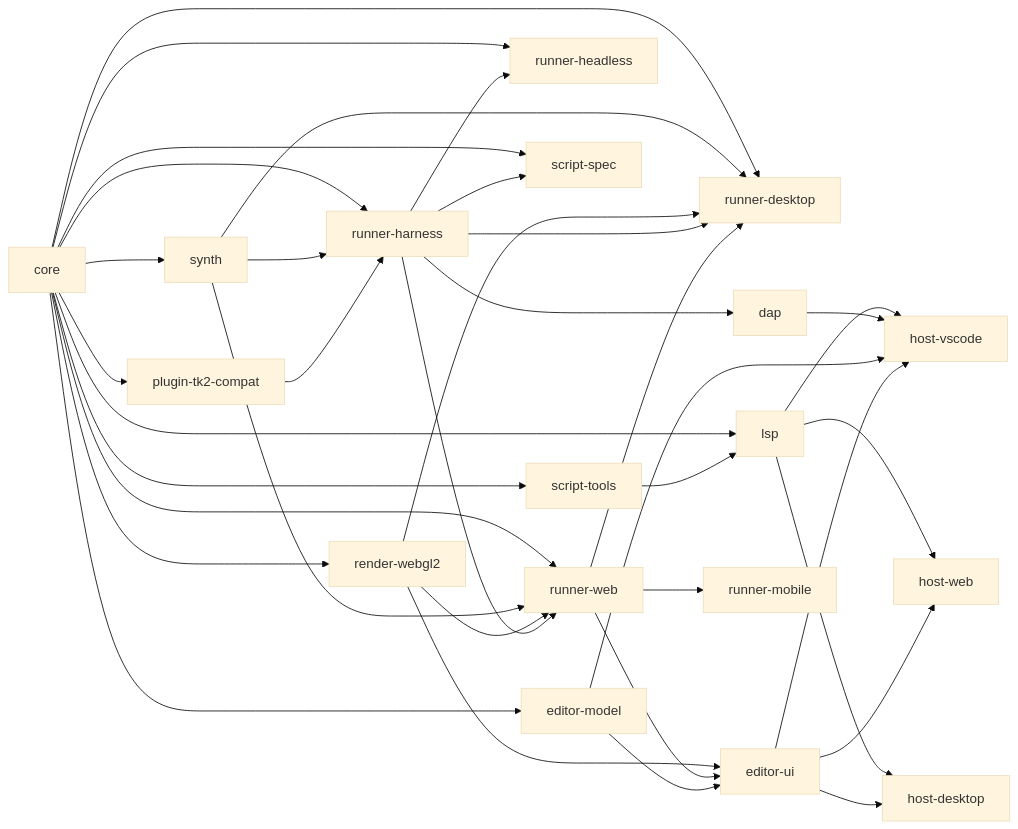
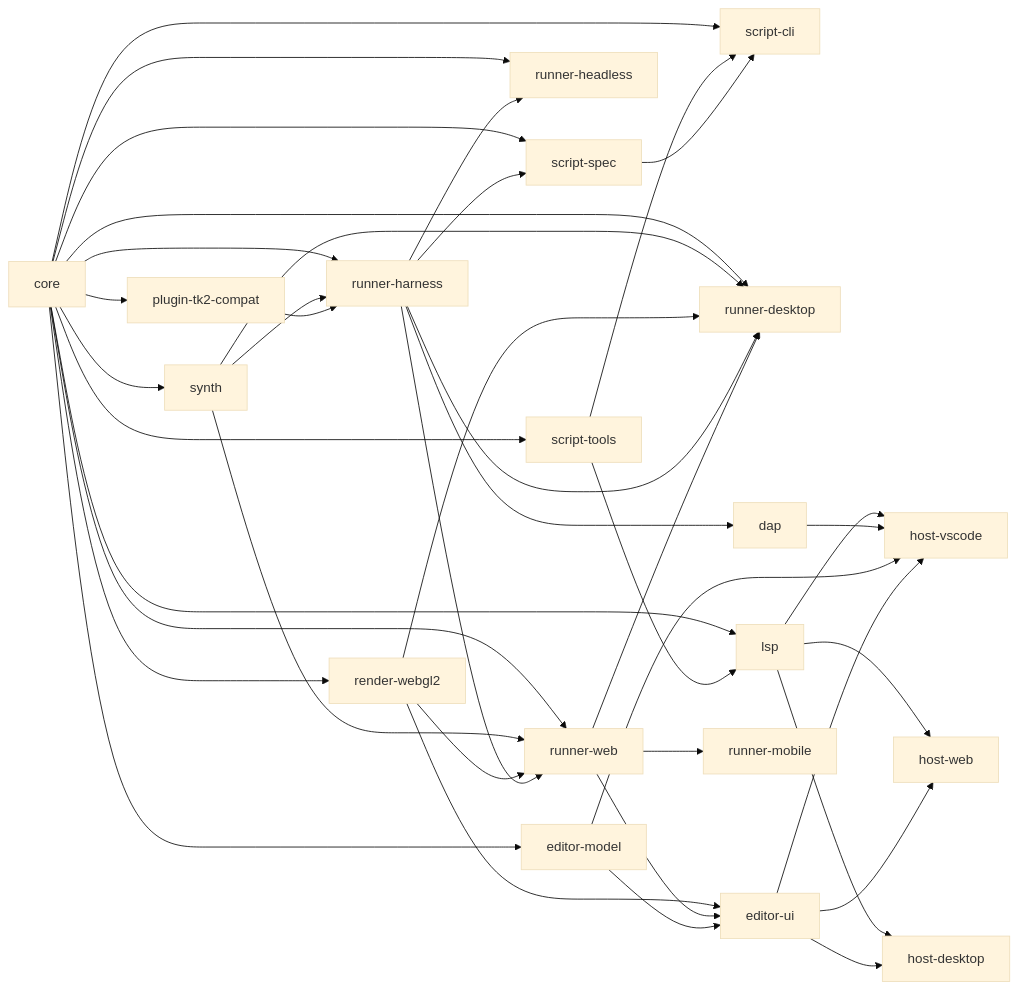
Before and after one commit to tk-reawakened/rpgtoolkit-reawakened: the first of 3 diagrams in _bmad-output/initiative-rpgtoolkit-reawakened/architecture-rpgtoolkit-reawakened/architecture-rpgtoolkit-reawakened.md, drawn with Mermaid (base theme). The commit also changed 34 other files, not shown here.

First line of the commit message:
feat(10.9): tkr script CLI, result protocol, dogfooding CI

````diff
--- a/_bmad-output/initiative-rpgtoolkit-reawakened/architecture-rpgtoolkit-reawakened/architecture-rpgtoolkit-reawakened.md
+++ b/_bmad-output/initiative-rpgtoolkit-reawakened/architecture-rpgtoolkit-reawakened/architecture-rpgtoolkit-reawakened.md
@@ -41,39 +41,42 @@
 ```mermaid
 graph LR
   core --> scripttools[script-tools]
+  core --> scriptcli[script-cli]
   core --> synth
   core --> renderwebgl2[render-webgl2]
   core --> runnerharness[runner-harness]
   core --> runnerheadless[runner-headless]
   core --> runnerweb[runner-web]
   core --> runnerdesktop[runner-desktop]
   core --> lsp
   core --> scriptspec[script-spec]
   core --> editormodel[editor-model]
   core --> plugintk2compat[plugin-tk2-compat]
   scripttools --> lsp
+  scripttools --> scriptcli
+  scriptspec --> scriptcli
   synth --> runnerharness
   synth --> runnerweb
   synth --> runnerdesktop
   renderwebgl2 --> runnerweb
   renderwebgl2 --> runnerdesktop
   renderwebgl2 --> editorui[editor-ui]
   runnerharness --> runnerheadless
   runnerharness --> runnerweb
   runnerharness --> runnerdesktop
   runnerharness --> scriptspec
   runnerharness --> dap
   runnerweb --> runnerdesktop
   runnerweb --> runnermobile[runner-mobile]
   runnerweb --> editorui
   lsp --> hostvscode[host-vscode]
   lsp --> hostweb[host-web]
   lsp --> hostdesktop[host-desktop]
   dap --> hostvscode
   editormodel --> editorui
   editormodel --> hostvscode
   editorui --> hostvscode
   editorui --> hostweb
   editorui --> hostdesktop
   plugintk2compat --> runnerharness
 ```
````
